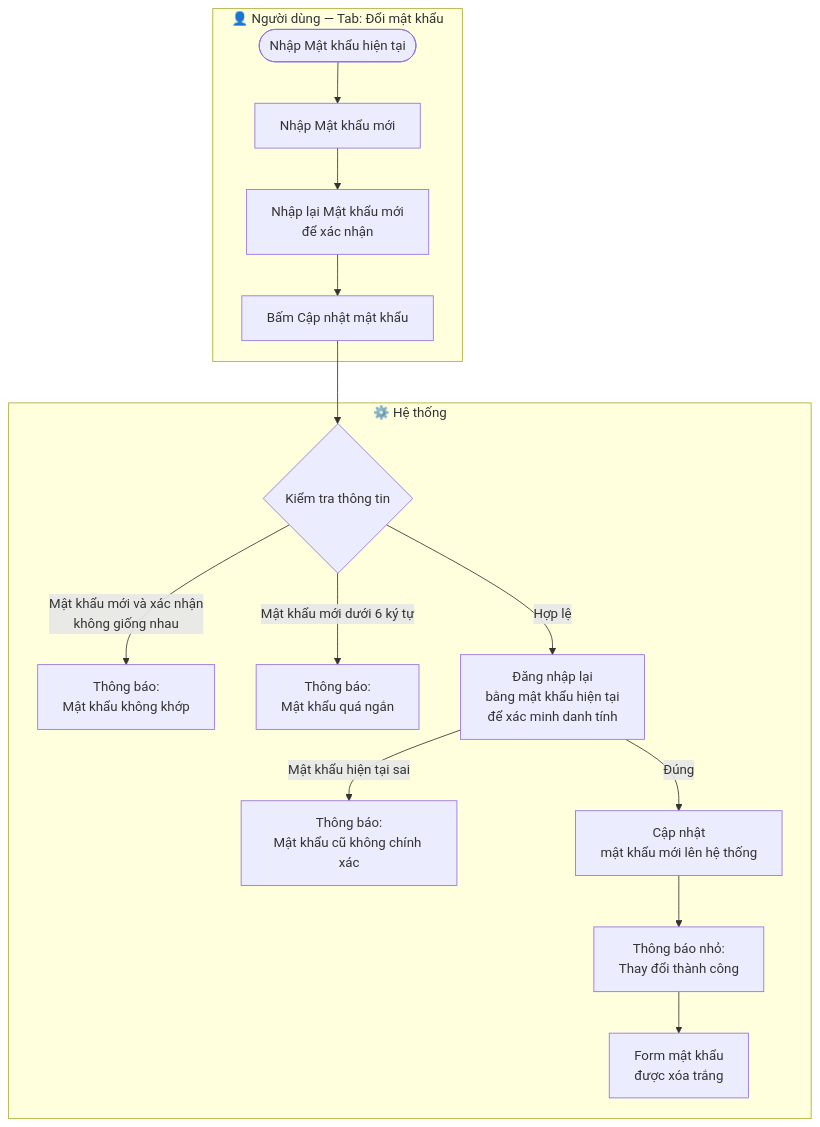
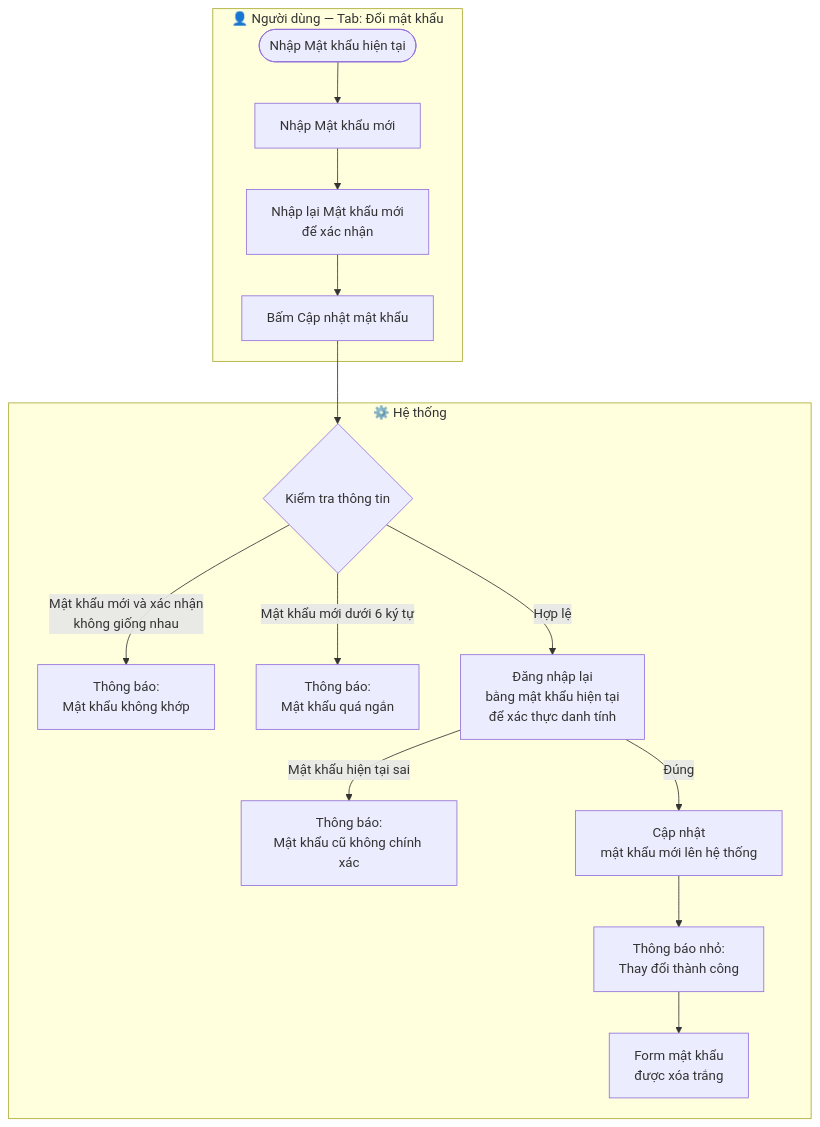
Before and after one commit to natelyt12/trotot: the sixth of 8 diagrams in prj_workflows/05_profile_workflow.md, drawn with Mermaid. The commit also changed other lines of this file and 21 other files, not shown here.

````diff
--- a/prj_workflows/05_profile_workflow.md
+++ b/prj_workflows/05_profile_workflow.md
@@ -145,19 +145,19 @@
 ```mermaid
 flowchart TD
     subgraph USER["👤 Người dùng — Tab: Đổi mật khẩu"]
         A([Nhập Mật khẩu hiện tại]) --> B[Nhập Mật khẩu mới]
         B --> C[Nhập lại Mật khẩu mới\nđể xác nhận]
         C --> D[Bấm Cập nhật mật khẩu]
     end
 
     subgraph SYSTEM["⚙️ Hệ thống"]
         D --> E{Kiểm tra thông tin}
         E --> |Mật khẩu mới và xác nhận\nkhông giống nhau| F[Thông báo:\nMật khẩu không khớp]
         E --> |Mật khẩu mới dưới 6 ký tự| G[Thông báo:\nMật khẩu quá ngắn]
-        E --> |Hợp lệ| H[Đăng nhập lại\nbằng mật khẩu hiện tại\nđể xác minh danh tính]
+        E --> |Hợp lệ| H[Đăng nhập lại\nbằng mật khẩu hiện tại\nđể xác thực danh tính]
         H --> |Mật khẩu hiện tại sai| I[Thông báo:\nMật khẩu cũ không chính xác]
         H --> |Đúng| J[Cập nhật\nmật khẩu mới lên hệ thống]
         J --> K[Thông báo nhỏ:\nThay đổi thành công]
         K --> L[Form mật khẩu\nđược xóa trắng]
     end
 ```
````
